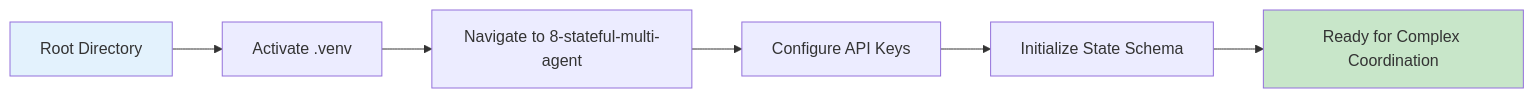
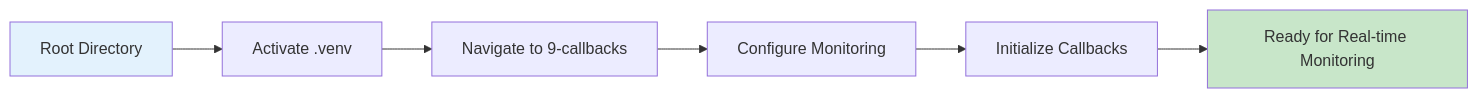
Diagram 13 of 28 in 9-callbacks/README.md (Yash-Kavaiya/agent-development-kit-crash-course), drawn with Mermaid before and after one commit. The commit also changed other lines of this file, not shown here.

````diff
--- a/9-callbacks/README.md
+++ b/9-callbacks/README.md
@@ -423,11 +495,11 @@
 ```mermaid
 graph LR
     A[Root Directory] --> B[Activate .venv]
-    B --> C[Navigate to 8-stateful-multi-agent]
-    C --> D[Configure API Keys]
-    D --> E[Initialize State Schema]
-    E --> F[Ready for Complex Coordination]
+    B --> C[Navigate to 9-callbacks]
+    C --> D[Configure Monitoring]
+    D --> E[Initialize Callbacks]
+    E --> F[Ready for Real-time Monitoring]
     
     style A fill:#e3f2fd
     style F fill:#c8e6c9
 ```
````
